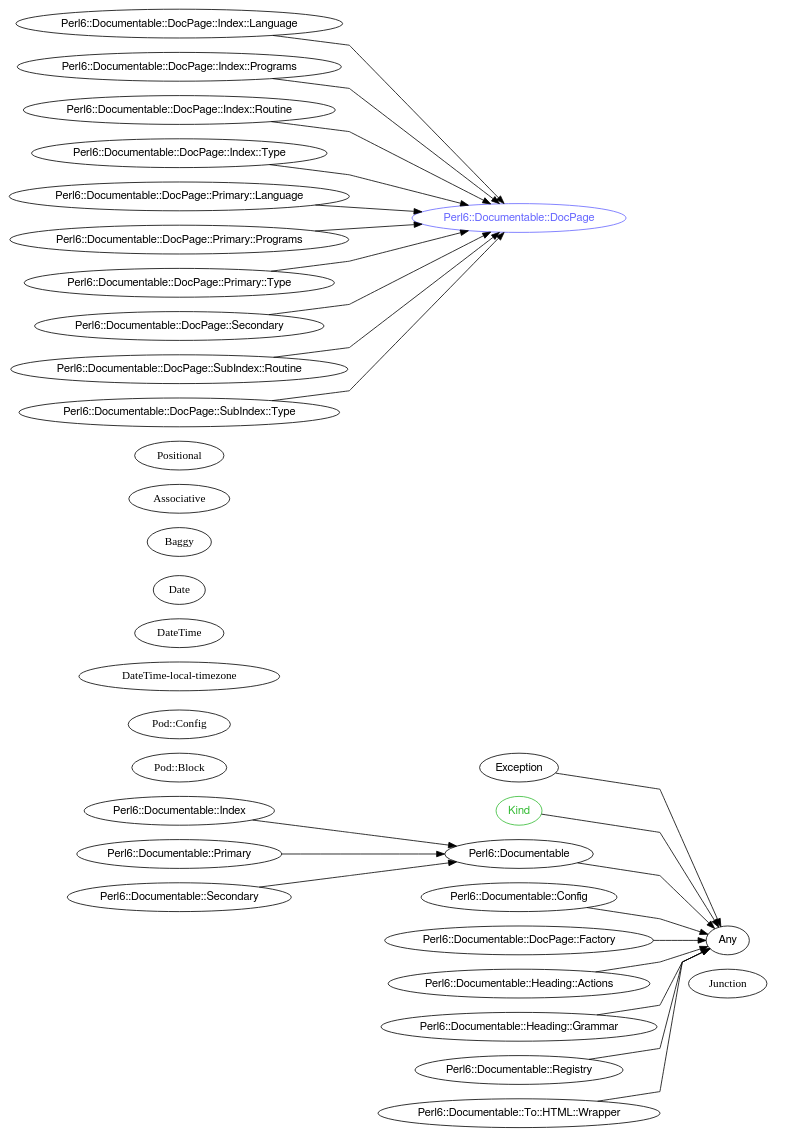
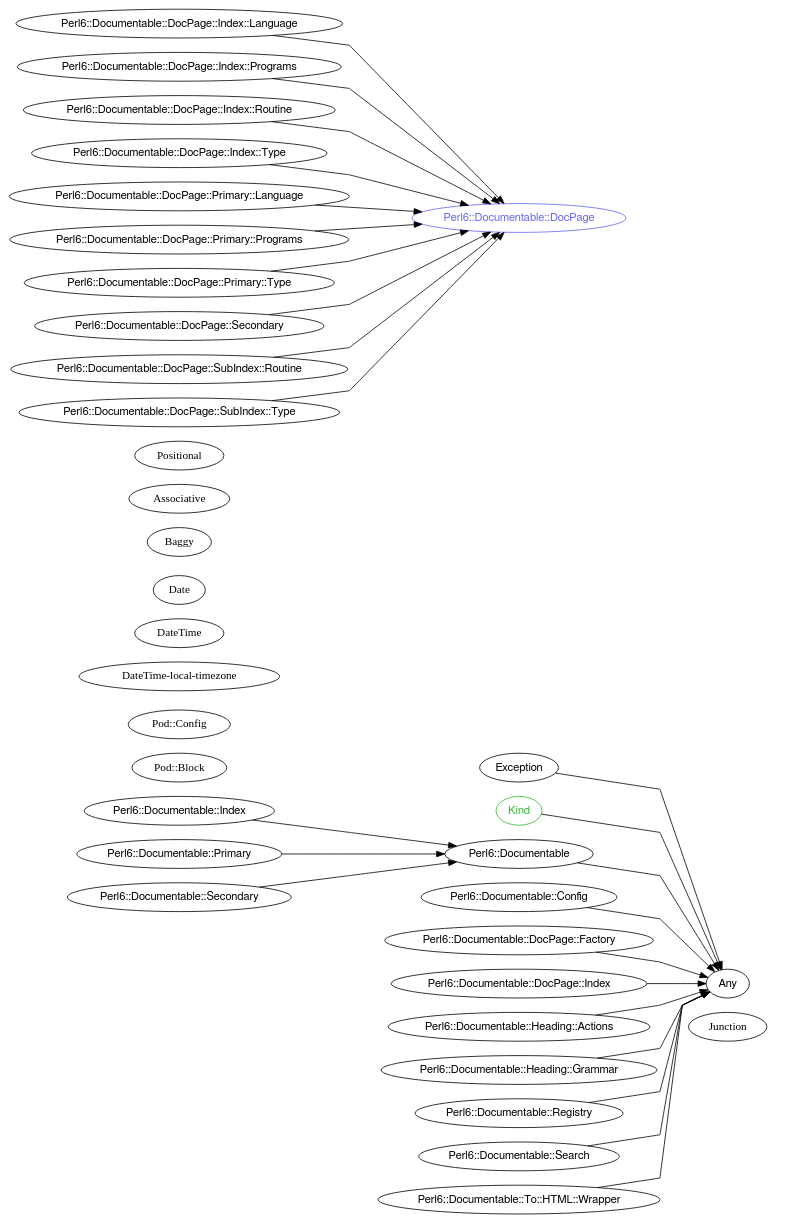
Before and after one commit to antoniogamiz/Perl6-Documentable: the diagram in images/type-graph-Any.svg.dot, drawn with Graphviz. The commit also changed 133 other files, not shown here.

```diff
--- a/images/type-graph-Any.svg.dot
+++ b/images/type-graph-Any.svg.dot
@@ -1,85 +1,89 @@
 digraph "perl6-type-graph" {
     rankdir=LR;
     splines=polyline;
     overlap=false; 
     // Layout hints
 
     subgraph "cluster: Mu children" {
         rank=same;
         style=invis;
         "Any";
         "Junction";
     }
     subgraph "cluster: Pod:: top level" {
         rank=same;
         style=invis;
         "Pod::Config";
         "Pod::Block";
     }
     subgraph "cluster: Date/time handling" {
         rank=same;
         style=invis;
         "Date";
         "DateTime";
         "DateTime-local-timezone";
     }
     subgraph "cluster: Collection roles" {
         rank=same;
         style=invis;
         "Positional";
         "Associative";
         "Baggy";
     }
 
     // Types
     "Any" [color="#000000", fontcolor="#000000", href="/type/Any", fontname="FreeSans"];
     "Exception" [color="#000000", fontcolor="#000000", href="/type/Exception", fontname="FreeSans"];
     "Kind" [color="#33BB33", fontcolor="#33BB33", href="/type/Kind", fontname="FreeSans"];
     "Perl6::Documentable" [color="#000000", fontcolor="#000000", href="/type/Perl6::Documentable", fontname="FreeSans"];
     "Perl6::Documentable::Config" [color="#000000", fontcolor="#000000", href="/type/Perl6::Documentable::Config", fontname="FreeSans"];
     "Perl6::Documentable::DocPage" [color="#6666FF", fontcolor="#6666FF", href="/type/Perl6::Documentable::DocPage", fontname="FreeSans"];
     "Perl6::Documentable::DocPage::Factory" [color="#000000", fontcolor="#000000", href="/type/Perl6::Documentable::DocPage::Factory", fontname="FreeSans"];
+    "Perl6::Documentable::DocPage::Index" [color="#000000", fontcolor="#000000", href="/type/Perl6::Documentable::DocPage::Index", fontname="FreeSans"];
     "Perl6::Documentable::DocPage::Index::Language" [color="#000000", fontcolor="#000000", href="/type/Perl6::Documentable::DocPage::Index::Language", fontname="FreeSans"];
     "Perl6::Documentable::DocPage::Index::Programs" [color="#000000", fontcolor="#000000", href="/type/Perl6::Documentable::DocPage::Index::Programs", fontname="FreeSans"];
     "Perl6::Documentable::DocPage::Index::Routine" [color="#000000", fontcolor="#000000", href="/type/Perl6::Documentable::DocPage::Index::Routine", fontname="FreeSans"];
     "Perl6::Documentable::DocPage::Index::Type" [color="#000000", fontcolor="#000000", href="/type/Perl6::Documentable::DocPage::Index::Type", fontname="FreeSans"];
     "Perl6::Documentable::DocPage::Primary::Language" [color="#000000", fontcolor="#000000", href="/type/Perl6::Documentable::DocPage::Primary::Language", fontname="FreeSans"];
     "Perl6::Documentable::DocPage::Primary::Programs" [color="#000000", fontcolor="#000000", href="/type/Perl6::Documentable::DocPage::Primary::Programs", fontname="FreeSans"];
     "Perl6::Documentable::DocPage::Primary::Type" [color="#000000", fontcolor="#000000", href="/type/Perl6::Documentable::DocPage::Primary::Type", fontname="FreeSans"];
     "Perl6::Documentable::DocPage::Secondary" [color="#000000", fontcolor="#000000", href="/type/Perl6::Documentable::DocPage::Secondary", fontname="FreeSans"];
     "Perl6::Documentable::DocPage::SubIndex::Routine" [color="#000000", fontcolor="#000000", href="/type/Perl6::Documentable::DocPage::SubIndex::Routine", fontname="FreeSans"];
     "Perl6::Documentable::DocPage::SubIndex::Type" [color="#000000", fontcolor="#000000", href="/type/Perl6::Documentable::DocPage::SubIndex::Type", fontname="FreeSans"];
     "Perl6::Documentable::Heading::Actions" [color="#000000", fontcolor="#000000", href="/type/Perl6::Documentable::Heading::Actions", fontname="FreeSans"];
     "Perl6::Documentable::Heading::Grammar" [color="#000000", fontcolor="#000000", href="/type/Perl6::Documentable::Heading::Grammar", fontname="FreeSans"];
     "Perl6::Documentable::Index" [color="#000000", fontcolor="#000000", href="/type/Perl6::Documentable::Index", fontname="FreeSans"];
     "Perl6::Documentable::Primary" [color="#000000", fontcolor="#000000", href="/type/Perl6::Documentable::Primary", fontname="FreeSans"];
     "Perl6::Documentable::Registry" [color="#000000", fontcolor="#000000", href="/type/Perl6::Documentable::Registry", fontname="FreeSans"];
+    "Perl6::Documentable::Search" [color="#000000", fontcolor="#000000", href="/type/Perl6::Documentable::Search", fontname="FreeSans"];
     "Perl6::Documentable::Secondary" [color="#000000", fontcolor="#000000", href="/type/Perl6::Documentable::Secondary", fontname="FreeSans"];
     "Perl6::Documentable::To::HTML::Wrapper" [color="#000000", fontcolor="#000000", href="/type/Perl6::Documentable::To::HTML::Wrapper", fontname="FreeSans"];
 
     // Superclasses
     "Exception" -> "Any" [color="#000000"];
     "Kind" -> "Any" [color="#000000"];
     "Perl6::Documentable" -> "Any" [color="#000000"];
     "Perl6::Documentable::Config" -> "Any" [color="#000000"];
     "Perl6::Documentable::DocPage::Factory" -> "Any" [color="#000000"];
+    "Perl6::Documentable::DocPage::Index" -> "Any" [color="#000000"];
     "Perl6::Documentable::DocPage::Index::Language" -> "Perl6::Documentable::DocPage" [color="#000000"];
     "Perl6::Documentable::DocPage::Index::Programs" -> "Perl6::Documentable::DocPage" [color="#000000"];
     "Perl6::Documentable::DocPage::Index::Routine" -> "Perl6::Documentable::DocPage" [color="#000000"];
     "Perl6::Documentable::DocPage::Index::Type" -> "Perl6::Documentable::DocPage" [color="#000000"];
     "Perl6::Documentable::DocPage::Primary::Language" -> "Perl6::Documentable::DocPage" [color="#000000"];
     "Perl6::Documentable::DocPage::Primary::Programs" -> "Perl6::Documentable::DocPage" [color="#000000"];
     "Perl6::Documentable::DocPage::Primary::Type" -> "Perl6::Documentable::DocPage" [color="#000000"];
     "Perl6::Documentable::DocPage::Secondary" -> "Perl6::Documentable::DocPage" [color="#000000"];
     "Perl6::Documentable::DocPage::SubIndex::Routine" -> "Perl6::Documentable::DocPage" [color="#000000"];
     "Perl6::Documentable::DocPage::SubIndex::Type" -> "Perl6::Documentable::DocPage" [color="#000000"];
     "Perl6::Documentable::Heading::Actions" -> "Any" [color="#000000"];
     "Perl6::Documentable::Heading::Grammar" -> "Any" [color="#000000"];
     "Perl6::Documentable::Index" -> "Perl6::Documentable" [color="#000000"];
     "Perl6::Documentable::Primary" -> "Perl6::Documentable" [color="#000000"];
     "Perl6::Documentable::Registry" -> "Any" [color="#000000"];
+    "Perl6::Documentable::Search" -> "Any" [color="#000000"];
     "Perl6::Documentable::Secondary" -> "Perl6::Documentable" [color="#000000"];
     "Perl6::Documentable::To::HTML::Wrapper" -> "Any" [color="#000000"];
 
     // Roles
 }
```
